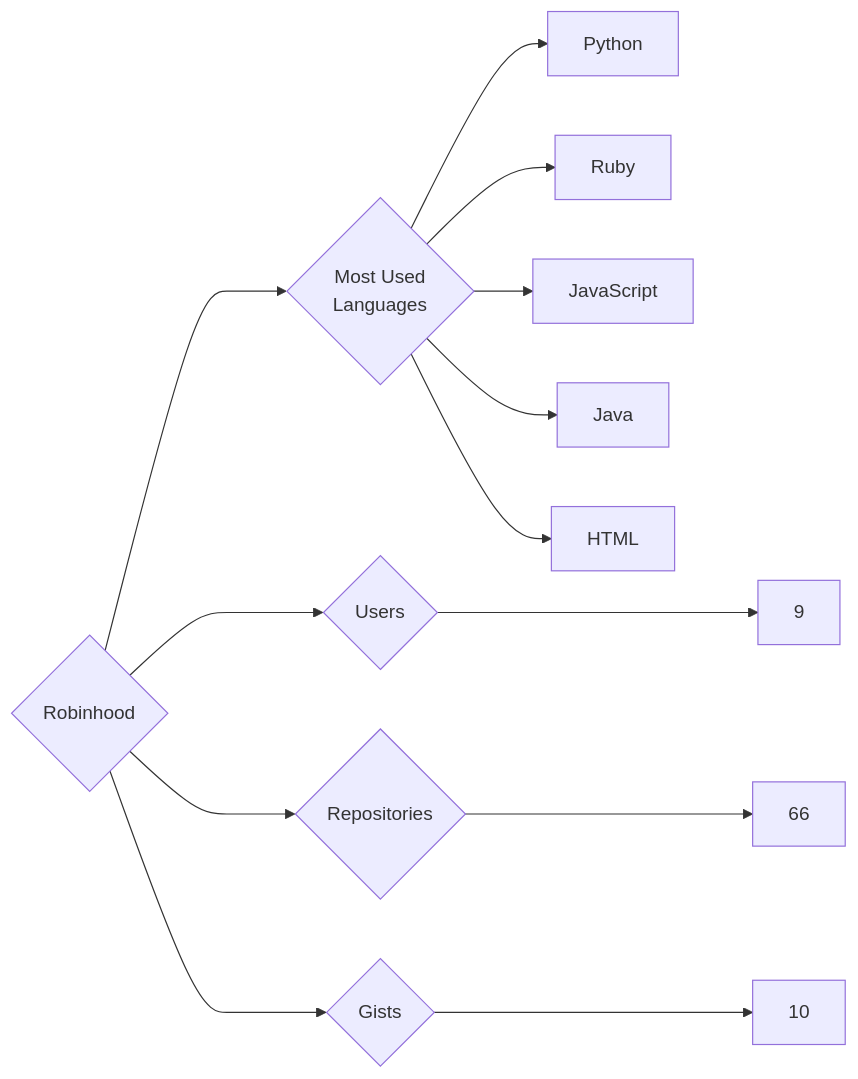
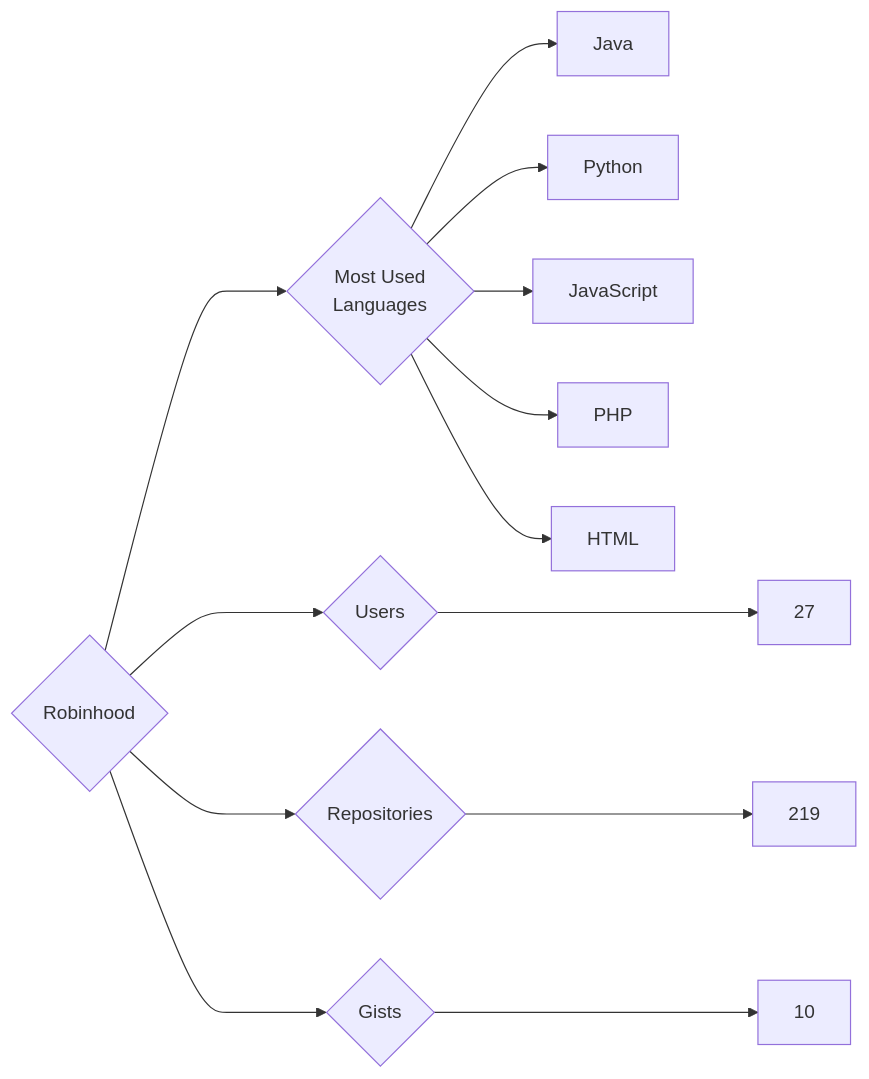
The diagram in targets/Robinhood/README.md (trickest/insiders), drawn with Mermaid before and after one commit. The commit also changed 823 other files, not shown here.

````diff
--- a/targets/Robinhood/README.md
+++ b/targets/Robinhood/README.md
@@ -3,13 +3,13 @@
 ```mermaid
 graph LR
 COMPANY_NAME{Robinhood}
-COMPANY_NAME ---> U{Users} ---> UN[9]
-COMPANY_NAME ---> R{Repositories} ---> RN[66]
+COMPANY_NAME ---> U{Users} ---> UN[27]
+COMPANY_NAME ---> R{Repositories} ---> RN[219]
 COMPANY_NAME ---> G{Gists} ---> GN[10]
 COMPANY_NAME ---> ML{Most Used<br>Languages}
+ML --> Java[Java]
 ML --> Python[Python]
-ML --> Ruby[Ruby]
 ML --> JavaScript[JavaScript]
-ML --> Java[Java]
+ML --> PHP[PHP]
 ML --> HTML[HTML]
 ```
````
